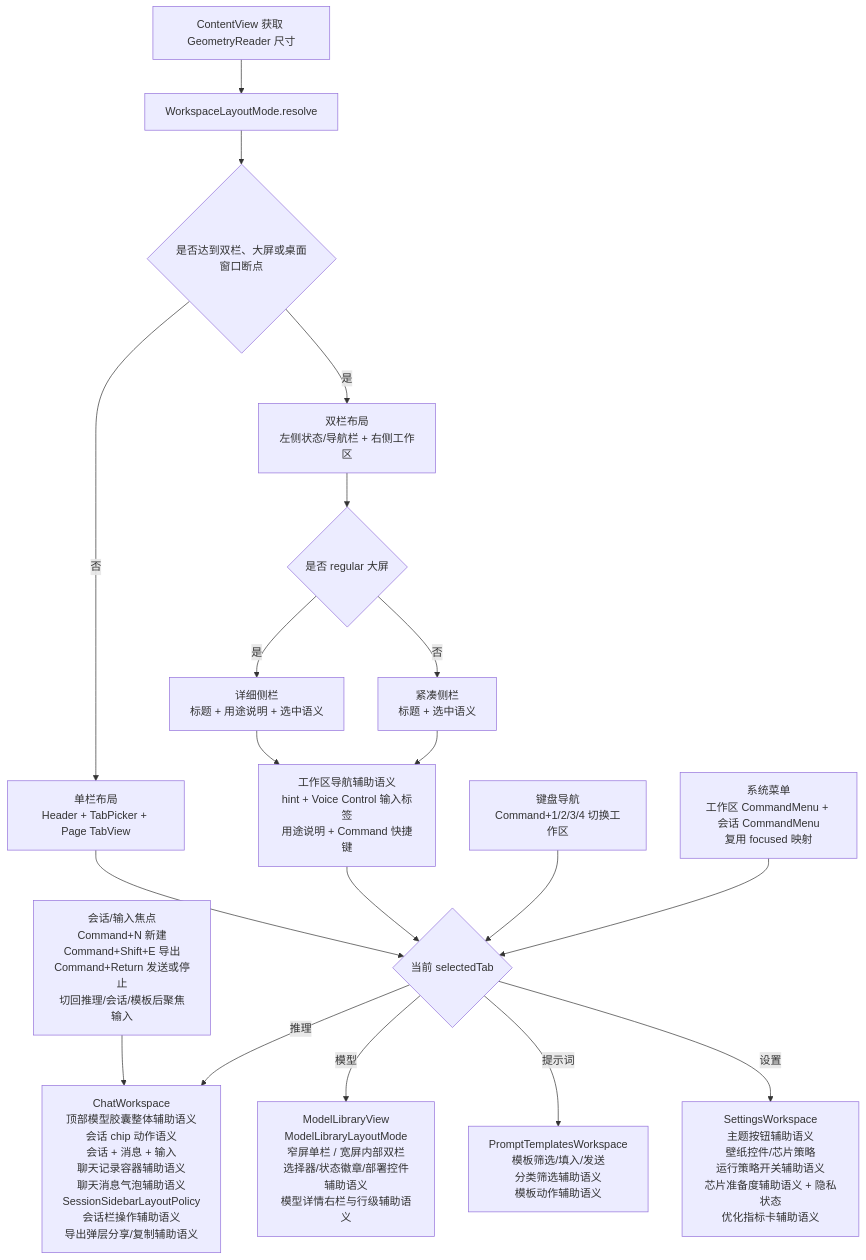
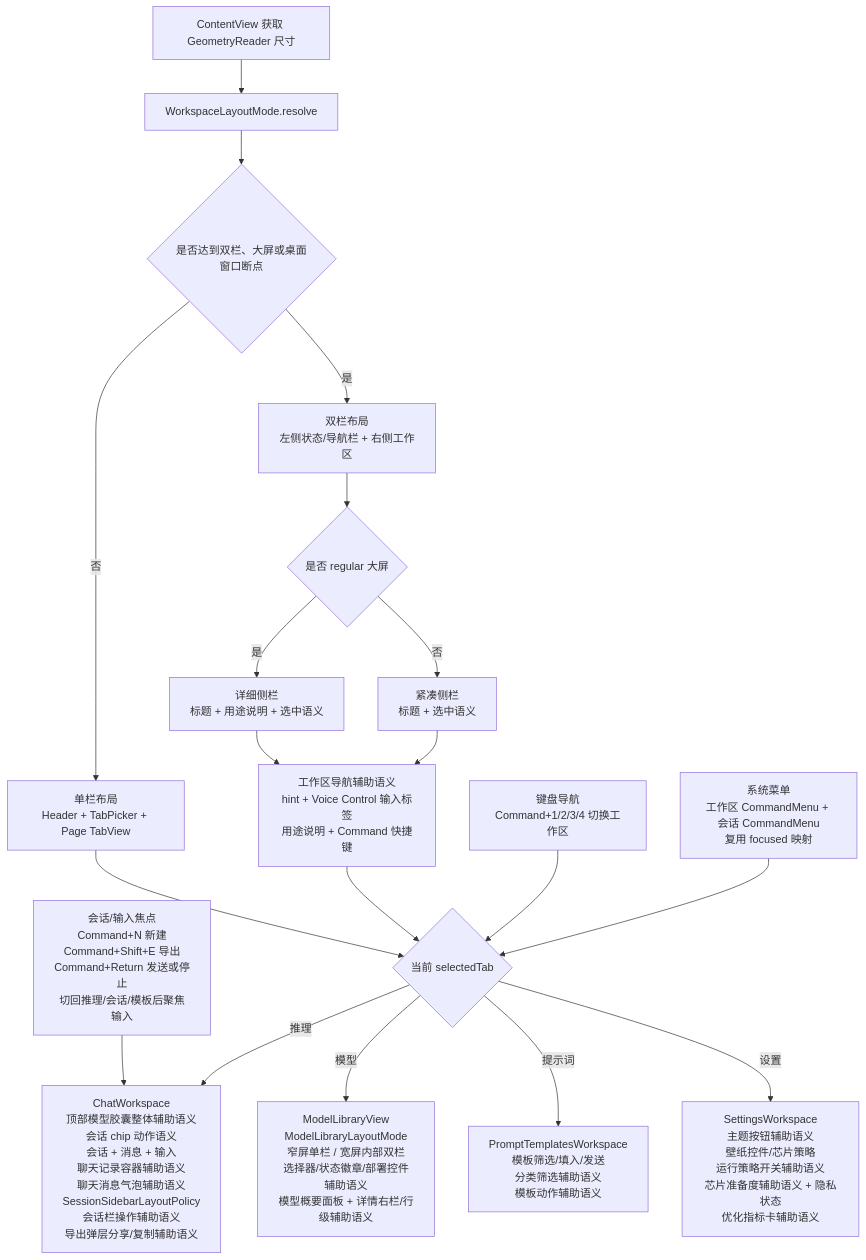
The fourth of 9 diagrams in md/flow/flowchart.md (Altman-sam114/113), drawn with Mermaid before and after one commit. The commit also changed other lines of this file and 8 other files, not shown here.

````diff
--- a/md/flow/flowchart.md
+++ b/md/flow/flowchart.md
@@ -68,21 +68,21 @@
 ```mermaid
 flowchart TD
     A[ContentView 获取 GeometryReader 尺寸] --> B[WorkspaceLayoutMode.resolve]
     B --> C{是否达到双栏、大屏或桌面窗口断点}
     C -- 否 --> D[单栏布局<br/>Header + TabPicker + Page TabView]
     C -- 是 --> E[双栏布局<br/>左侧状态/导航栏 + 右侧工作区]
     E --> N{是否 regular 大屏}
     N -- 是 --> O[详细侧栏<br/>标题 + 用途说明 + 选中语义]
     N -- 否 --> P[紧凑侧栏<br/>标题 + 选中语义]
     D --> F{当前 selectedTab}
     O --> X[工作区导航辅助语义<br/>hint + Voice Control 输入标签<br/>用途说明 + Command 快捷键]
     P --> X
     X --> F
     K[键盘导航<br/>Command+1/2/3/4 切换工作区] --> F
     M[系统菜单<br/>工作区 CommandMenu + 会话 CommandMenu<br/>复用 focused 映射] --> F
     L[会话/输入焦点<br/>Command+N 新建<br/>Command+Shift+E 导出<br/>Command+Return 发送或停止<br/>切回推理/会话/模板后聚焦输入] --> G
     F -- 推理 --> G[ChatWorkspace<br/>顶部模型胶囊整体辅助语义<br/>会话 chip 动作语义<br/>会话 + 消息 + 输入<br/>聊天记录容器辅助语义<br/>聊天消息气泡辅助语义<br/>SessionSidebarLayoutPolicy<br/>会话栏操作辅助语义<br/>导出弹层分享/复制辅助语义]
-    F -- 模型 --> H[ModelLibraryView<br/>ModelLibraryLayoutMode<br/>窄屏单栏 / 宽屏内部双栏<br/>选择器/状态徽章/部署控件辅助语义<br/>模型详情右栏与行级辅助语义]
+    F -- 模型 --> H[ModelLibraryView<br/>ModelLibraryLayoutMode<br/>窄屏单栏 / 宽屏内部双栏<br/>选择器/状态徽章/部署控件辅助语义<br/>模型概要面板 + 详情右栏/行级辅助语义]
     F -- 提示词 --> I[PromptTemplatesWorkspace<br/>模板筛选/填入/发送<br/>分类筛选辅助语义<br/>模板动作辅助语义]
     F -- 设置 --> J[SettingsWorkspace<br/>主题按钮辅助语义<br/>壁纸控件/芯片策略<br/>运行策略开关辅助语义<br/>芯片准备度辅助语义 + 隐私状态<br/>优化指标卡辅助语义]
 ```
````
